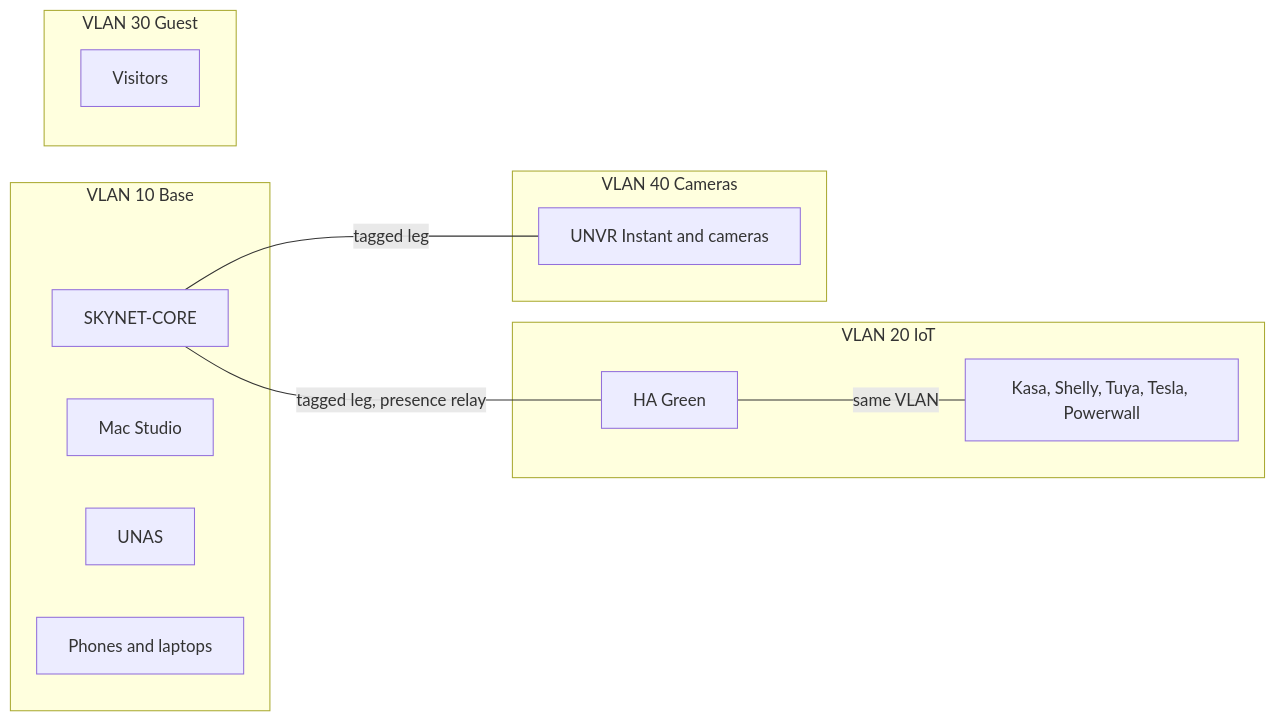
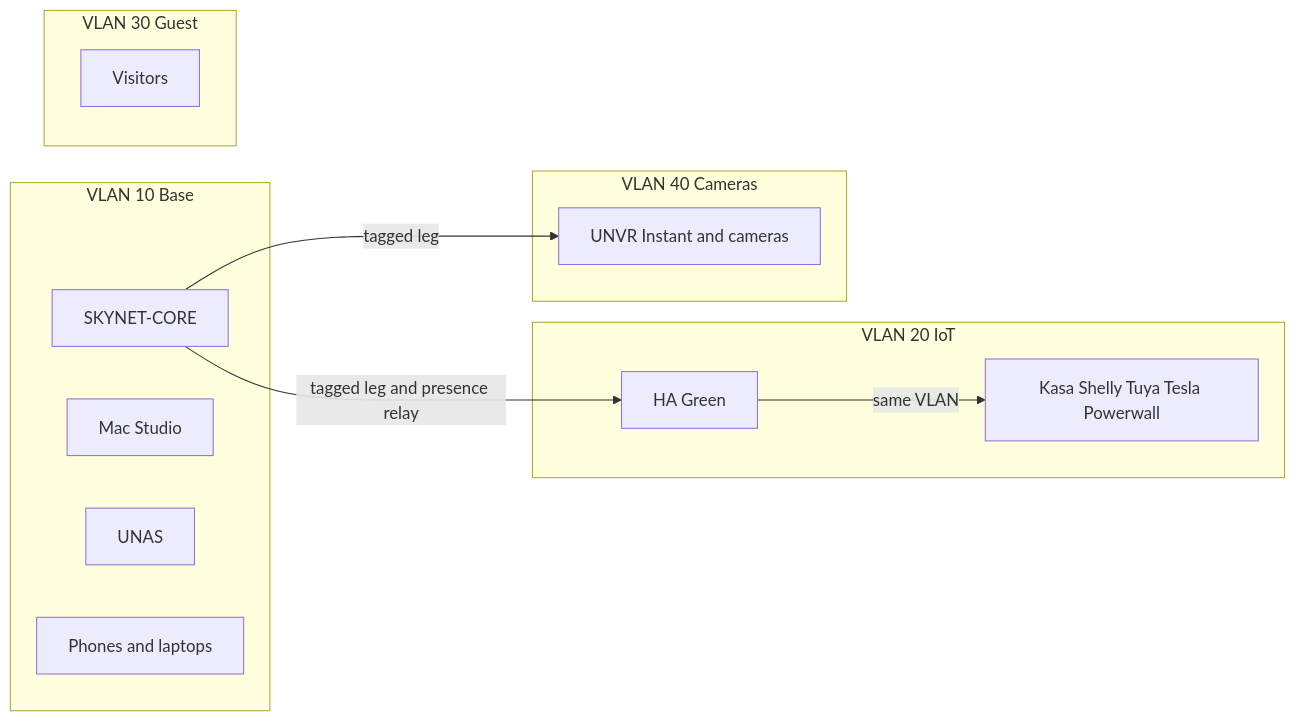
The second of 2 diagrams in 04-Network-Infrastructure/Hardening_Upgrades/Readme.md (VicDubose/Smart-Home-Infrastructure), drawn with Mermaid before and after one commit. The commit also changed other lines of this file, not shown here.

Commit message:
Revise network topology and traffic flow diagrams
Updated network diagrams for improved clarity and consistency in VLAN descriptions.

````diff
--- a/04-Network-Infrastructure/Hardening_Upgrades/Readme.md
+++ b/04-Network-Infrastructure/Hardening_Upgrades/Readme.md
@@ -93,22 +93,22 @@
 ```mermaid
 flowchart LR
-    subgraph V10["VLAN 10 Base"]
-        CORE10["SKYNET-CORE"]
-        MAC10["Mac Studio"]
-        NAS10["UNAS"]
-        USERS["Phones and laptops"]
+    subgraph V10 [VLAN 10 Base]
+        CORE10[SKYNET-CORE]
+        MAC10[Mac Studio]
+        NAS10[UNAS]
+        USERS[Phones and laptops]
     end
-    subgraph V20["VLAN 20 IoT"]
-        HA20["HA Green"]
-        IOT["Kasa, Shelly, Tuya, Tesla, Powerwall"]
+    subgraph V20 [VLAN 20 IoT]
+        HA20[HA Green]
+        IOT[Kasa Shelly Tuya Tesla Powerwall]
     end
-    subgraph V40["VLAN 40 Cameras"]
-        CAMS["UNVR Instant and cameras"]
+    subgraph V40 [VLAN 40 Cameras]
+        CAMS[UNVR Instant and cameras]
     end
-    subgraph V30["VLAN 30 Guest"]
-        GUEST["Visitors"]
+    subgraph V30 [VLAN 30 Guest]
+        GUEST[Visitors]
     end
-    CORE10 ---|"tagged leg, presence relay"| HA20
-    CORE10 ---|"tagged leg"| CAMS
-    HA20 ---|"same VLAN"| IOT
+    CORE10 -->|tagged leg and presence relay| HA20
+    CORE10 -->|tagged leg| CAMS
+    HA20 -->|same VLAN| IOT
 ```
````
